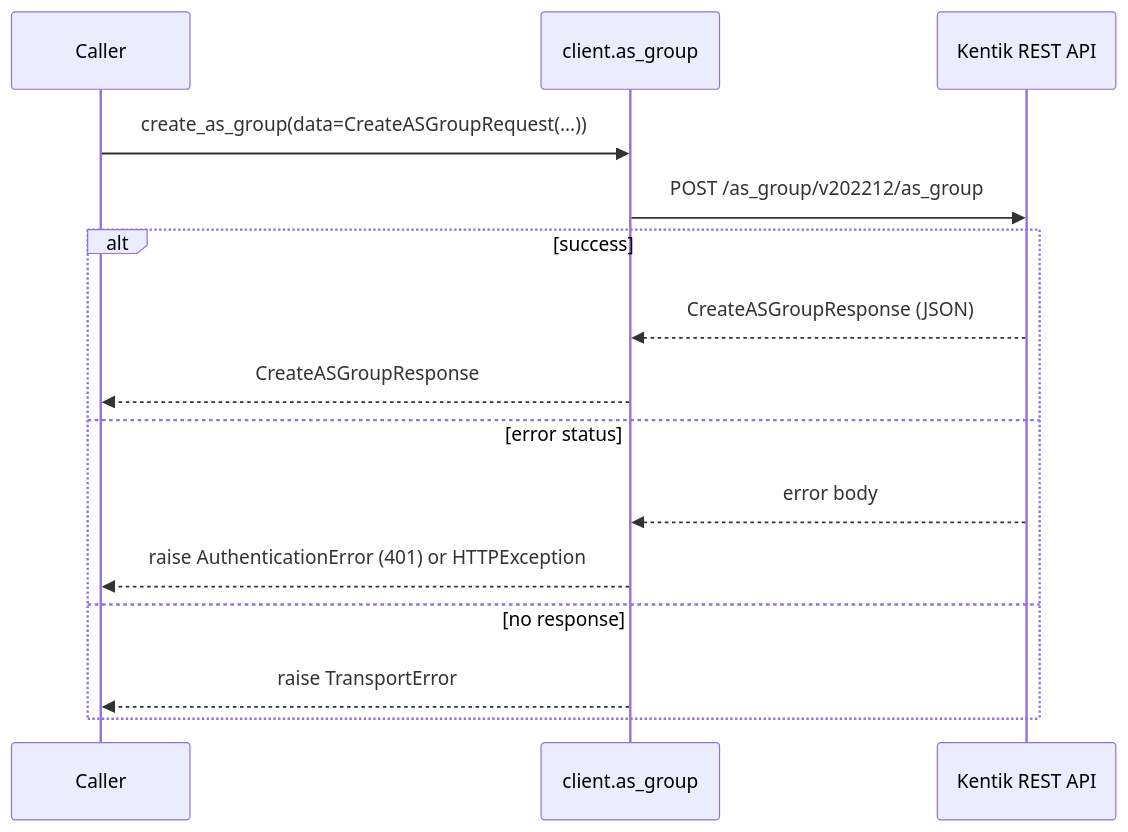
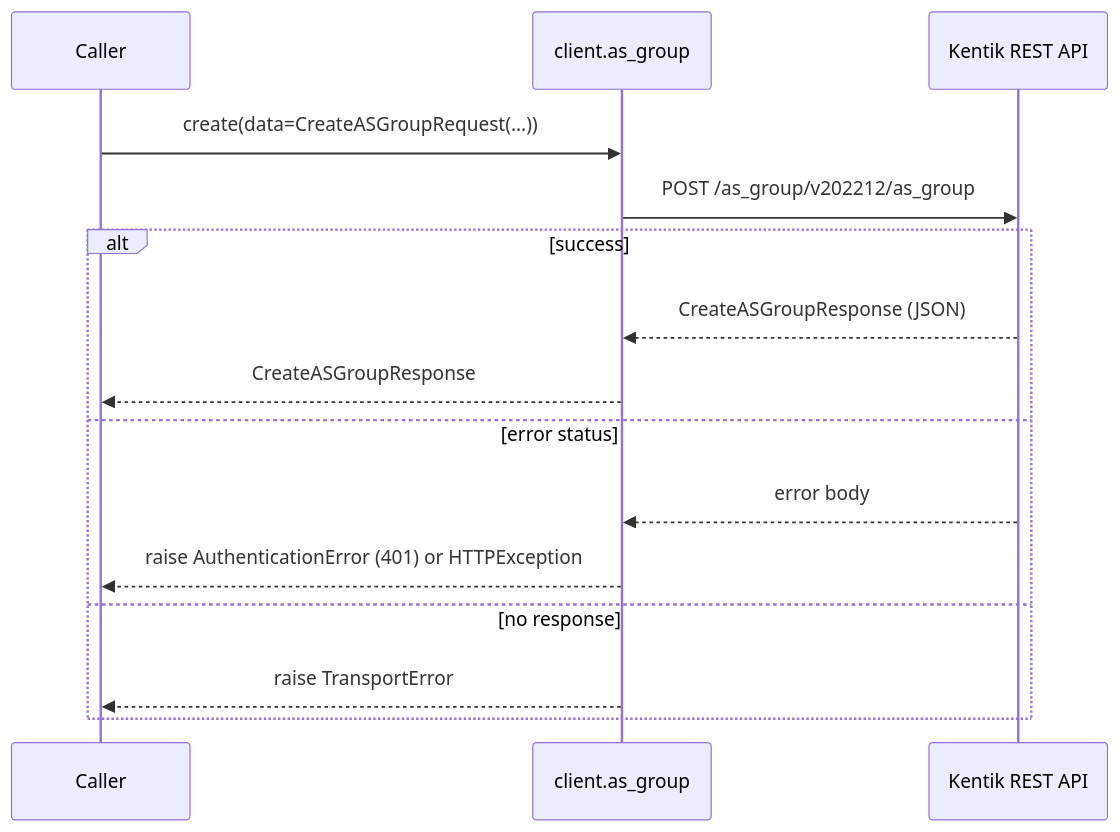
One commit to alexdearaujo/community_sdk_python changed the fourth of 12 diagrams in docs/sphinx/services/as_group.md. Above: the diagram before and after it, drawn with Mermaid. The commit also changed other lines of this file and 119 other files, not shown here.

````diff
--- a/docs/sphinx/services/as_group.md
+++ b/docs/sphinx/services/as_group.md
@@ -106,18 +106,18 @@
 ```mermaid
 sequenceDiagram
     participant C as Caller
     participant W as client.as_group
     participant API as Kentik REST API
 
-    C->>W: create_as_group(data=CreateASGroupRequest(...))
+    C->>W: create(data=CreateASGroupRequest(...))
     W->>API: POST /as_group/v202212/as_group
     alt success
         API-->>W: CreateASGroupResponse (JSON)
         W-->>C: CreateASGroupResponse
     else error status
         API-->>W: error body
         W-->>C: raise AuthenticationError (401) or HTTPException
     else no response
         W-->>C: raise TransportError
     end
 ```
````
